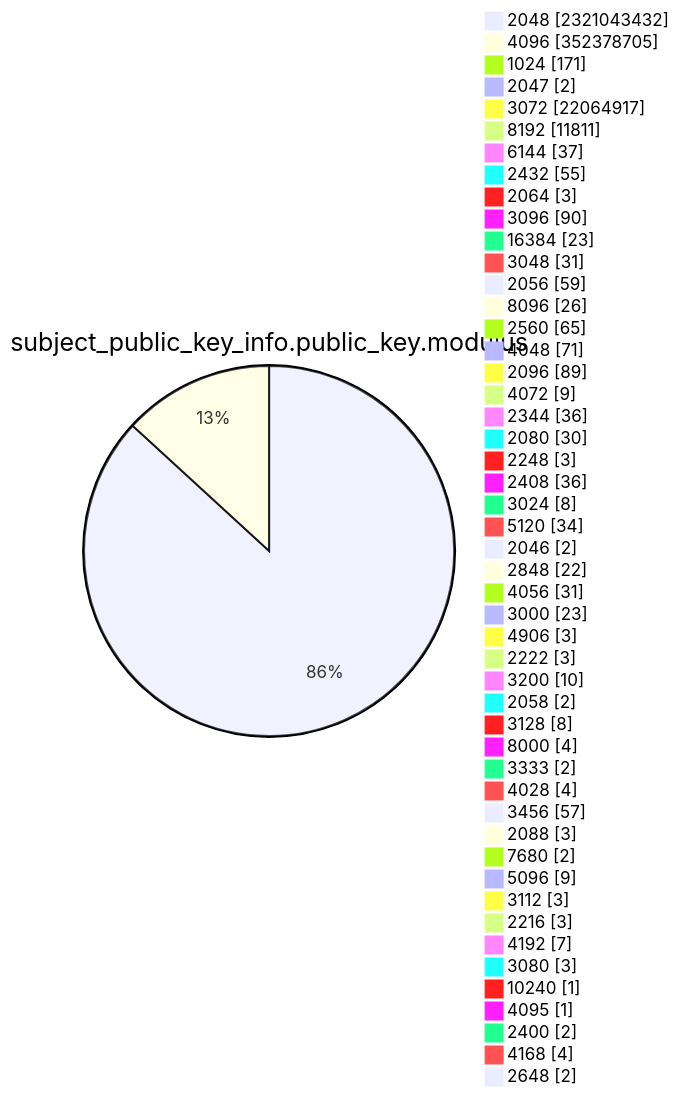
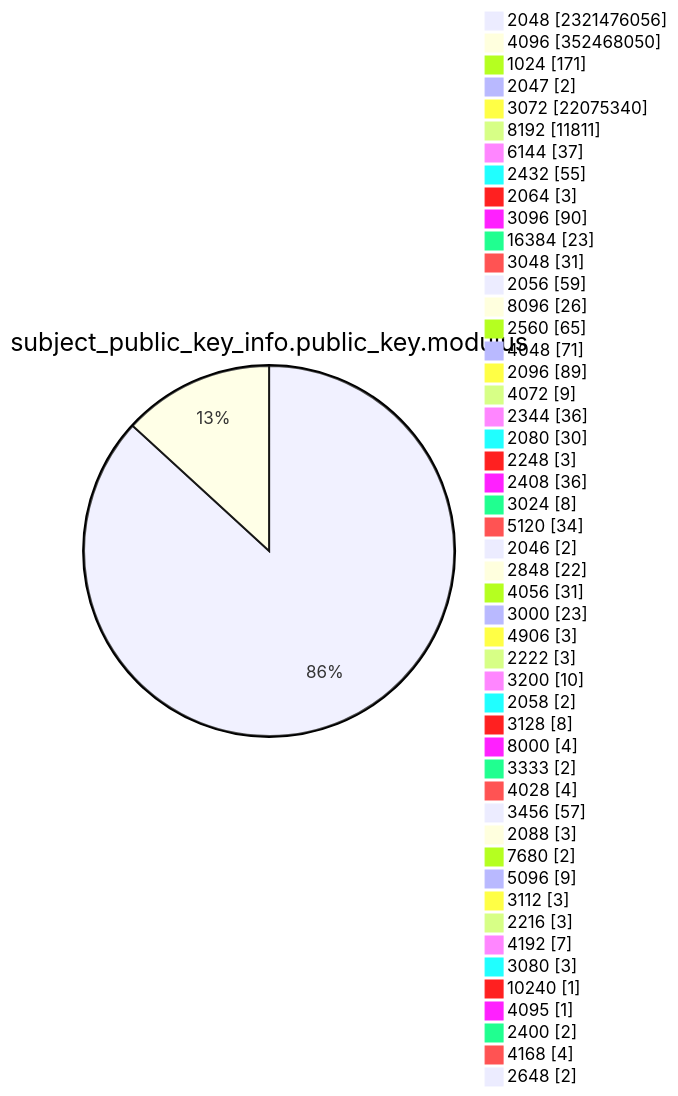
One commit to christiankrug/ctmonitor_visualization changed diagram 13 of 15 in TOTAL/README.md. Above: the diagram before and after it, drawn with Mermaid. The commit also changed other lines of this file, not shown here.

````diff
--- a/TOTAL/README.md
+++ b/TOTAL/README.md
@@ -4167,53 +4167,53 @@
 ```mermaid
 pie showData
 title subject_public_key_info.public_key.modulus
-"2048" :2321043432
-"4096" :352378705
+"2048" :2321476056
+"4096" :352468050
 "1024" :171
 "2047" :2
-"3072" :22064917
+"3072" :22075340
 "8192" :11811
 "6144" :37
 "2432" :55
 "2064" :3
 "3096" :90
 "16384" :23
 "3048" :31
 "2056" :59
 "8096" :26
 "2560" :65
 "4048" :71
 "2096" :89
 "4072" :9
 "2344" :36
 "2080" :30
 "2248" :3
 "2408" :36
 "3024" :8
 "5120" :34
 "2046" :2
 "2848" :22
 "4056" :31
 "3000" :23
 "4906" :3
 "2222" :3
 "3200" :10
 "2058" :2
 "3128" :8
 "8000" :4
 "3333" :2
 "4028" :4
 "3456" :57
 "2088" :3
 "7680" :2
 "5096" :9
 "3112" :3
 "2216" :3
 "4192" :7
 "3080" :3
 "10240" :1
 "4095" :1
 "2400" :2
 "4168" :4
 "2648" :2
 ```
````
